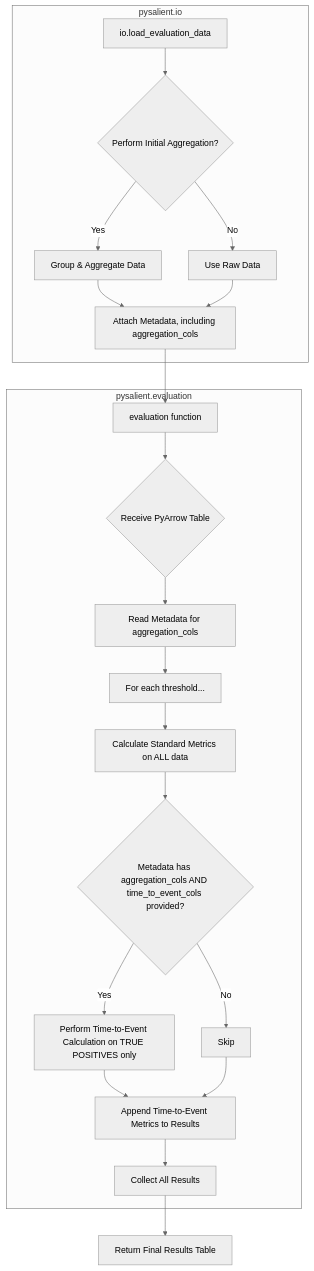
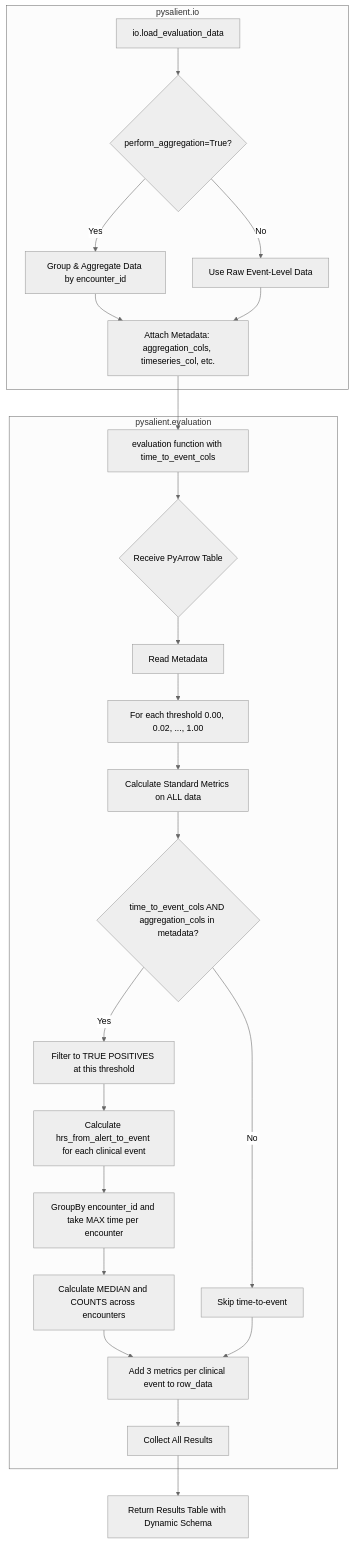
The diagram in ARCHITECTURE.md (esalient/pysalient), drawn with Mermaid (neutral theme) before and after one commit. The commit also changed other lines of this file and 9 other files, not shown here.

````diff
--- a/ARCHITECTURE.md
+++ b/ARCHITECTURE.md
@@ -50,26 +143,29 @@
-    ```mermaid
-    graph TD
-        subgraph pysalient.io
-            A[io.load_evaluation_data] --> B{Perform Initial Aggregation?};
-            B -- Yes --> C[Group & Aggregate Data];
-            B -- No --> D[Use Raw Data];
-            C --> E[Attach Metadata, including aggregation_cols];
-            D --> E;
-        end
+```mermaid
+graph TD
+    subgraph pysalient.io
+        A[io.load_evaluation_data] --> B{perform_aggregation=True?};
+        B -- Yes --> C[Group & Aggregate Data by encounter_id];
+        B -- No --> D[Use Raw Event-Level Data];
+        C --> E[Attach Metadata: aggregation_cols, timeseries_col, etc.];
+        D --> E;
+    end
 
-        subgraph pysalient.evaluation
-            F[evaluation function] --> G{Receive PyArrow Table};
-            G --> H[Read Metadata for aggregation_cols];
-            H --> I[For each threshold...];
-            I --> J[Calculate Standard Metrics on ALL data];
-            J --> K{Metadata has aggregation_cols AND time_to_event_cols provided?};
-            K -- Yes --> L[Perform Time-to-Event Calculation on TRUE POSITIVES only];
-            K -- No --> M[Skip];
-            L --> N[Append Time-to-Event Metrics to Results];
-            M --> N;
-            N --> O[Collect All Results];
-        end
+    subgraph pysalient.evaluation
+        F[evaluation function with time_to_event_cols] --> G{Receive PyArrow Table};
+        G --> H[Read Metadata];
+        H --> I[For each threshold 0.00, 0.02, ..., 1.00];
+        I --> J[Calculate Standard Metrics on ALL data];
+        J --> K{time_to_event_cols AND aggregation_cols in metadata?};
+        K -- Yes --> L[Filter to TRUE POSITIVES at this threshold];
+        K -- No --> M[Skip time-to-event];
+        L --> N[Calculate hrs_from_alert_to_event for each clinical event];
+        N --> O[GroupBy encounter_id and take MAX time per encounter];
+        O --> P[Calculate MEDIAN and COUNTS across encounters];
+        P --> Q[Add 3 metrics per clinical event to row_data];
+        M --> Q;
+        Q --> R[Collect All Results];
+    end
 
-        E --> F;
-        O --> P[Return Final Results Table];
-    ```
+    E --> F;
+    R --> S[Return Results Table with Dynamic Schema];
+```
````
